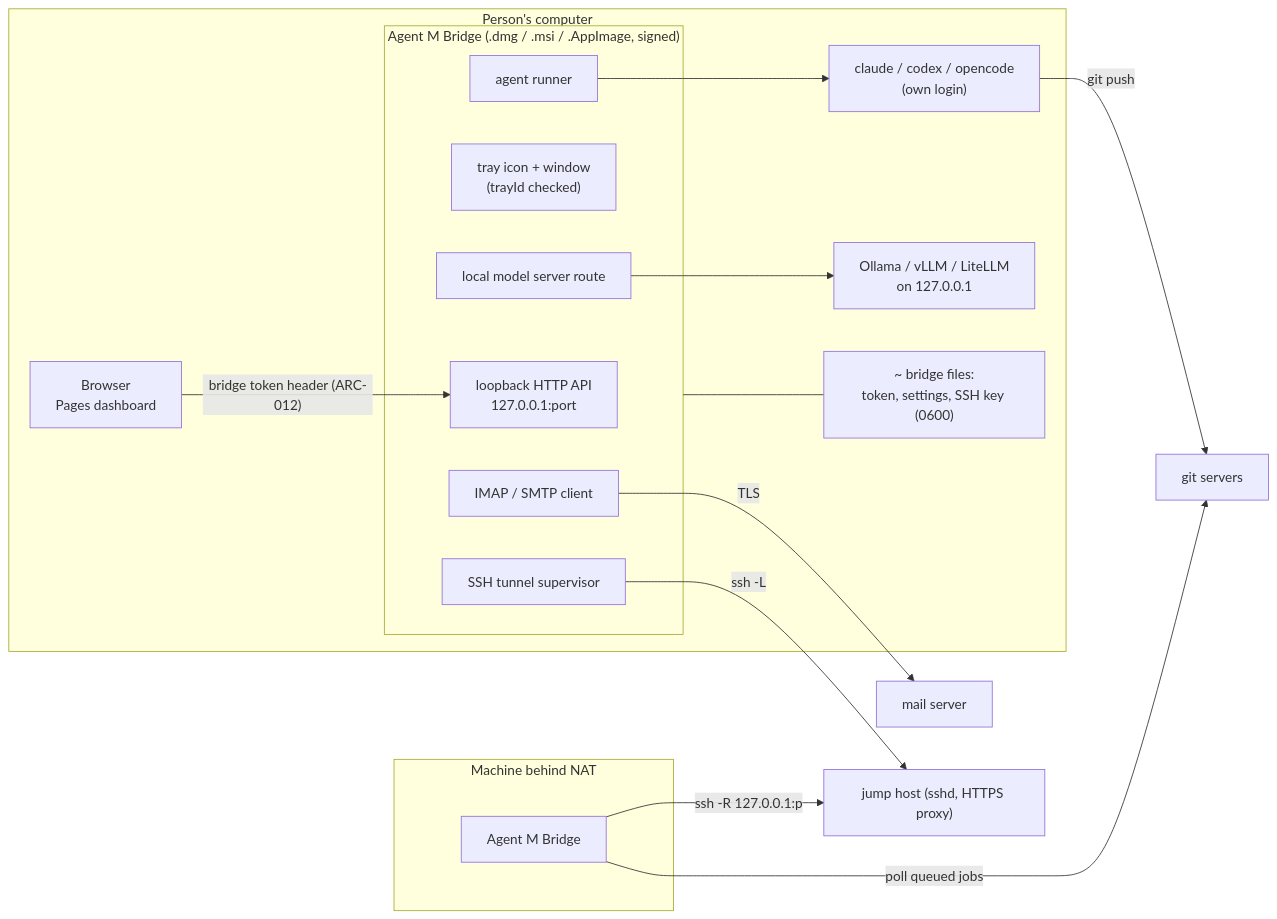
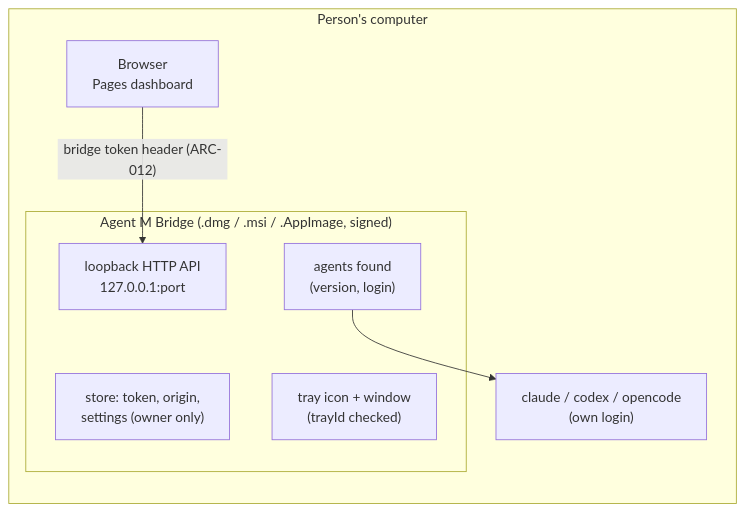
Before and after one commit to akmaier/agent-m: the diagram in docs/architecture/ARC-011-agent-m-bridge-deno-app.md, drawn with Mermaid. The commit also changed other lines of this file and 4 other files, not shown here.

````diff
--- a/docs/architecture/ARC-011-agent-m-bridge-deno-app.md
+++ b/docs/architecture/ARC-011-agent-m-bridge-deno-app.md
@@ -96,32 +51,16 @@
 ```mermaid
 flowchart LR
     subgraph PC["Person's computer"]
         BR["Browser<br/>Pages dashboard"]
         subgraph APP["Agent M Bridge (.dmg / .msi / .AppImage, signed)"]
             SRV["loopback HTTP API<br/>127.0.0.1:port"]
             TRAY["tray icon + window<br/>(trayId checked)"]
-            AG["agent runner"]
-            LE["local model server route"]
-            ML["IMAP / SMTP client"]
-            TN["SSH tunnel supervisor"]
+            AG["agents found<br/>(version, login)"]
+            ST["store: token, origin,<br/>settings (owner only)"]
         end
         CLI["claude / codex / opencode<br/>(own login)"]
-        LLM["Ollama / vLLM / LiteLLM<br/>on 127.0.0.1"]
-        FILES["~ bridge files:<br/>token, settings, SSH key (0600)"]
-    end
-    GH["git servers"]
-    MS["mail server"]
-    JH["jump host (sshd, HTTPS proxy)"]
-    subgraph NAT["Machine behind NAT"]
-        BR2["Agent M Bridge"]
     end
     BR -->|"bridge token header (ARC-012)"| SRV
     AG --> CLI
-    LE --> LLM
-    CLI -->|git push| GH
-    ML -->|TLS| MS
-    TN -->|"ssh -L"| JH
-    BR2 -->|"ssh -R 127.0.0.1:p"| JH
-    APP --- FILES
-    BR2 -->|poll queued jobs| GH
+    APP --- ST
 ```
````
